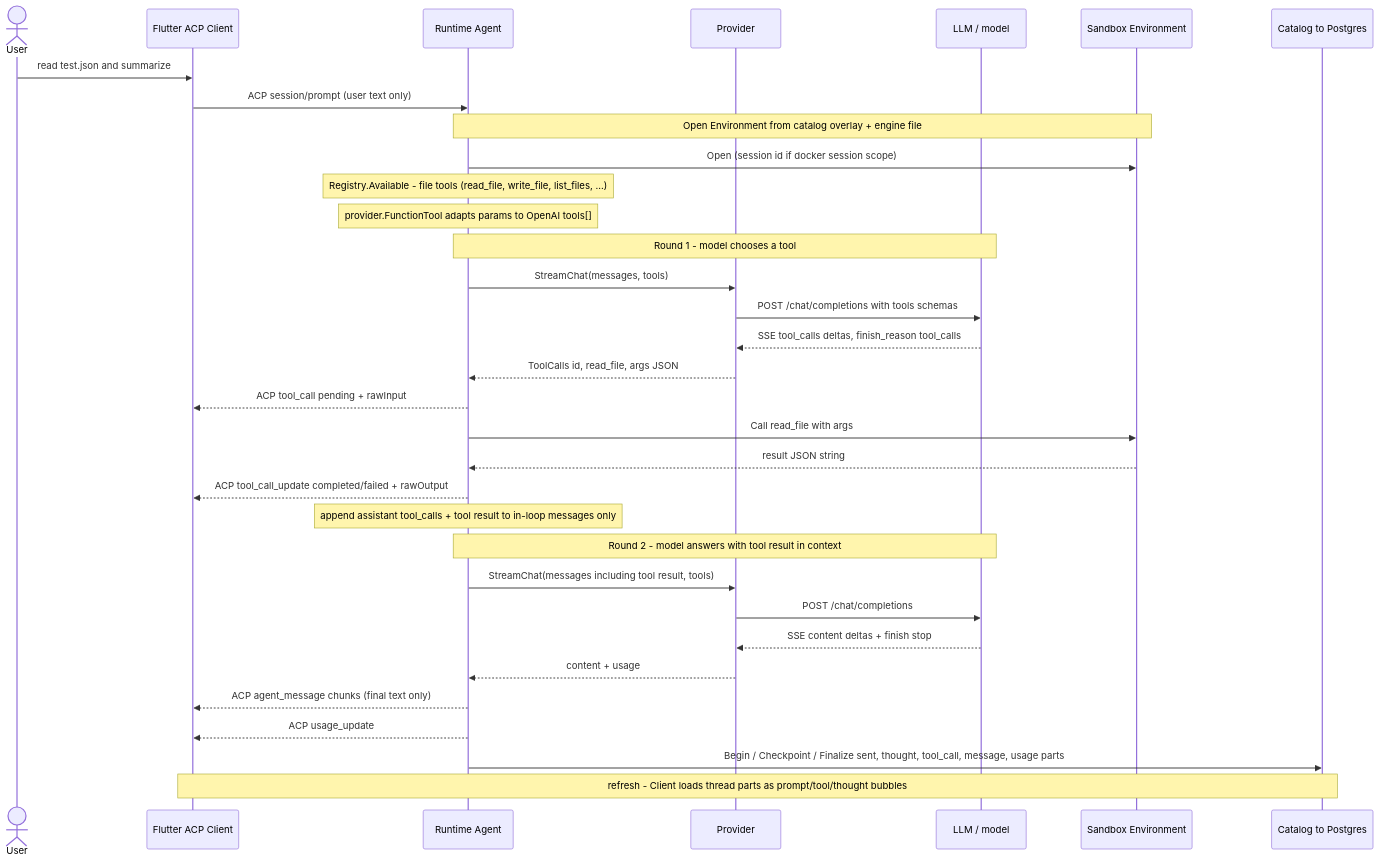
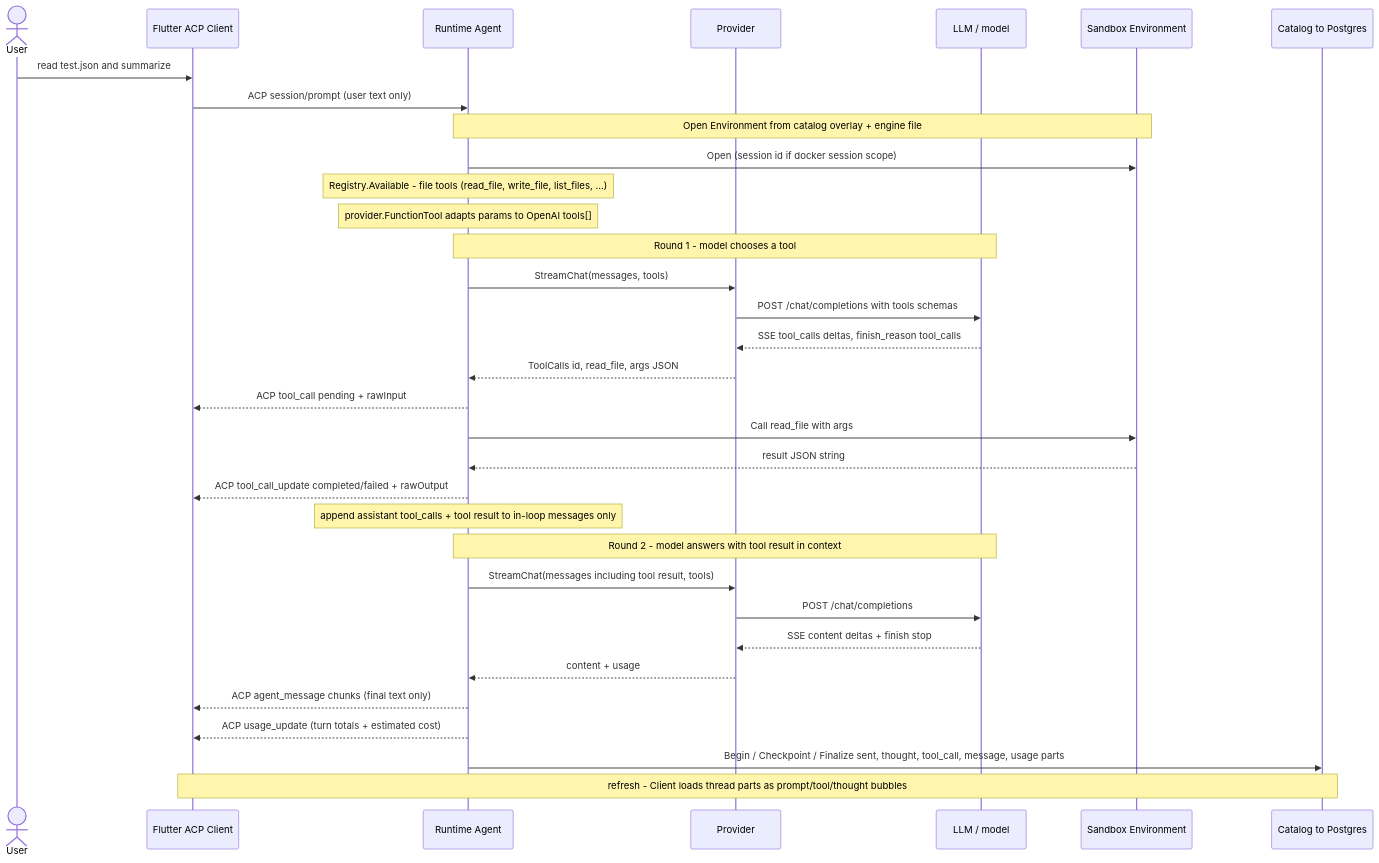
The fourth of 6 diagrams in docs/architecture.md (tryy3/agent-fabric), drawn with Mermaid before and after one commit. The commit also changed other lines of this file and 24 other files, not shown here.

````diff
--- a/docs/architecture.md
+++ b/docs/architecture.md
@@ -186,41 +186,41 @@
 ```mermaid
 sequenceDiagram
   actor User
   participant Client as Flutter ACP Client
   participant Agent as Runtime Agent
   participant Prov as Provider
   participant LLM as LLM / model
   participant Env as Sandbox Environment
   participant Catalog as Catalog to Postgres
 
   User->>Client: read test.json and summarize
   Client->>Agent: ACP session/prompt (user text only)
 
   Note over Agent,Env: Open Environment from catalog overlay + engine file
   Agent->>Env: Open (session id if docker session scope)
   Note over Agent: Registry.Available - file tools (read_file, write_file, list_files, ...)
   Note over Agent: provider.FunctionTool adapts params to OpenAI tools[]
 
   Note over Agent,LLM: Round 1 - model chooses a tool
   Agent->>Prov: StreamChat(messages, tools)
   Prov->>LLM: POST /chat/completions with tools schemas
   LLM-->>Prov: SSE tool_calls deltas, finish_reason tool_calls
   Prov-->>Agent: ToolCalls id, read_file, args JSON
 
   Agent-->>Client: ACP tool_call pending + rawInput
   Agent->>Env: Call read_file with args
   Env-->>Agent: result JSON string
   Agent-->>Client: ACP tool_call_update completed/failed + rawOutput
   Note over Agent: append assistant tool_calls + tool result to in-loop messages only
 
   Note over Agent,LLM: Round 2 - model answers with tool result in context
   Agent->>Prov: StreamChat(messages including tool result, tools)
   Prov->>LLM: POST /chat/completions
   LLM-->>Prov: SSE content deltas + finish stop
   Prov-->>Agent: content + usage
   Agent-->>Client: ACP agent_message chunks (final text only)
-  Agent-->>Client: ACP usage_update
+  Agent-->>Client: ACP usage_update (turn totals + estimated cost)
 
   Agent->>Catalog: Begin / Checkpoint / Finalize sent, thought, tool_call, message, usage parts
   Note over Client,Catalog: refresh - Client loads thread parts as prompt/tool/thought bubbles
 ```
````
